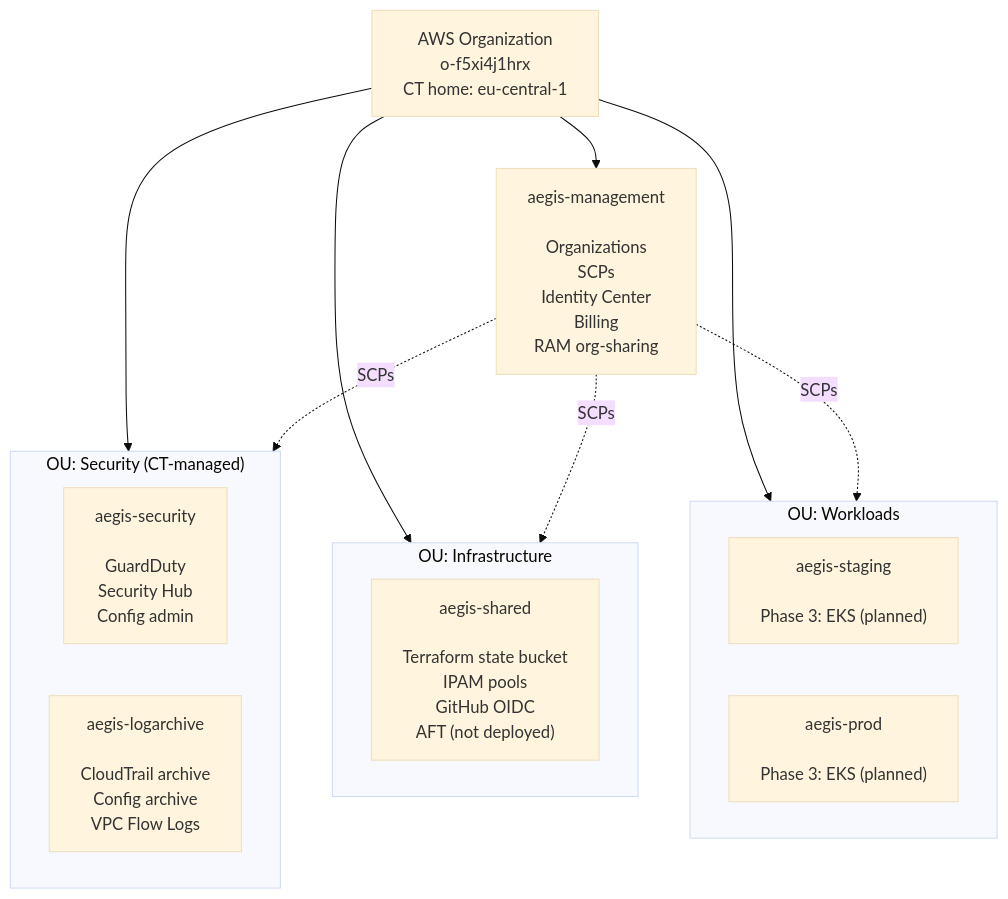
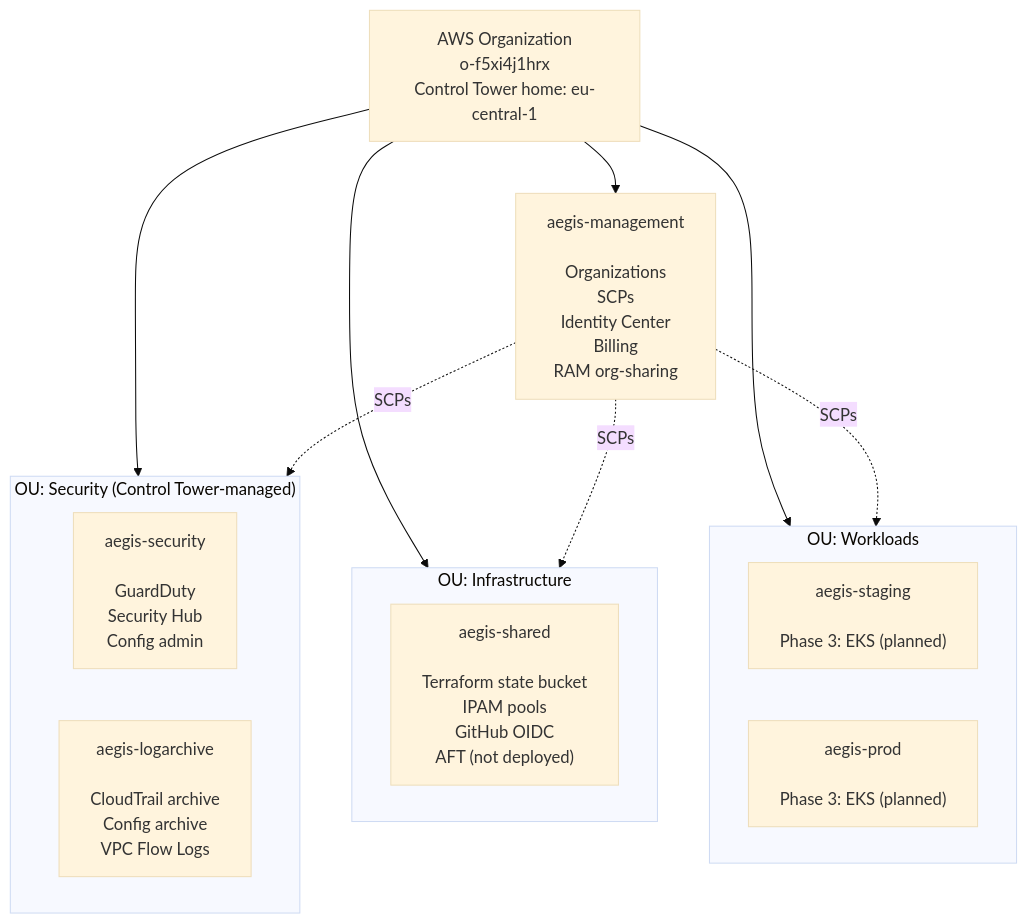
One commit to BinHsu/aegis-aws-landing-zone changed the first of 5 diagrams in docs/architecture.md. Above: the diagram before and after it, drawn with Mermaid (base theme). The commit also changed 3 other files, not shown here.

First line of the commit message:
docs: spell out Control Tower, never use 'CT' abbreviation unprefixed

````diff
--- a/docs/architecture.md
+++ b/docs/architecture.md
@@ -13,28 +13,28 @@
 ```mermaid
 flowchart TB
-  Org["AWS Organization<br/>o-f5xi4j1hrx<br/>CT home: eu-central-1"]
+  Org["AWS Organization<br/>o-f5xi4j1hrx<br/>Control Tower home: eu-central-1"]
 
   Mgmt["aegis-management<br/><br/>Organizations<br/>SCPs<br/>Identity Center<br/>Billing<br/>RAM org-sharing"]
 
-  subgraph Security["OU: Security (CT-managed)"]
+  subgraph Security["OU: Security (Control Tower-managed)"]
     Sec["aegis-security<br/><br/>GuardDuty<br/>Security Hub<br/>Config admin"]
     Log["aegis-logarchive<br/><br/>CloudTrail archive<br/>Config archive<br/>VPC Flow Logs"]
   end
 
   subgraph Infra["OU: Infrastructure"]
     Shared["aegis-shared<br/><br/>Terraform state bucket<br/>IPAM pools<br/>GitHub OIDC<br/>AFT (not deployed)"]
   end
 
   subgraph Work["OU: Workloads"]
     Stg["aegis-staging<br/><br/>Phase 3: EKS (planned)"]
     Prd["aegis-prod<br/><br/>Phase 3: EKS (planned)"]
   end
 
   Org --> Mgmt
   Org --> Security
   Org --> Infra
   Org --> Work
   Mgmt -. SCPs .-> Security
   Mgmt -. SCPs .-> Infra
   Mgmt -. SCPs .-> Work
 ```
````
